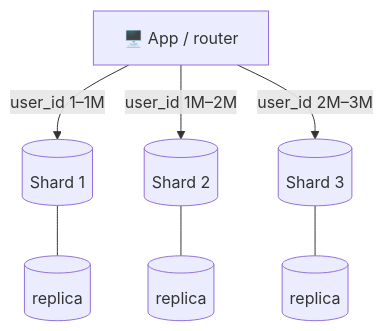
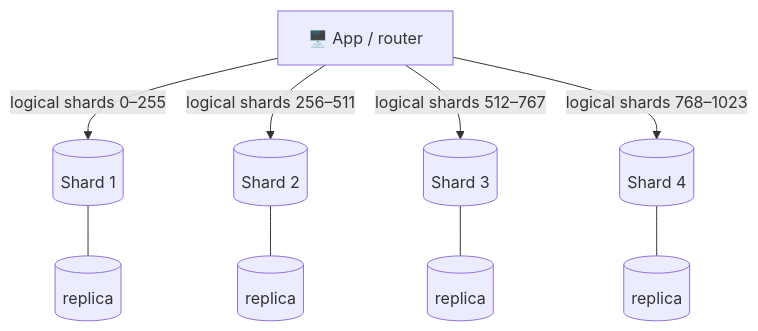
Before and after one commit to winnyboy5/System-Design-from-Atoms: the diagram in phases/06-scaling-data/049-sharding.md, drawn with Mermaid. The commit also changed other lines of this file and 9 other files, not shown here.

````diff
--- a/phases/06-scaling-data/049-sharding.md
+++ b/phases/06-scaling-data/049-sharding.md
@@ -28,9 +38,11 @@
 ```mermaid
 flowchart TD
-    APP["🖥️ App / router"] -->|"user_id 1–1M"| S1[("Shard 1")]
-    APP -->|"user_id 1M–2M"| S2[("Shard 2")]
-    APP -->|"user_id 2M–3M"| S3[("Shard 3")]
+    APP["🖥️ App / router"] -->|"logical shards 0–255"| S1[("Shard 1")]
+    APP -->|"logical shards 256–511"| S2[("Shard 2")]
+    APP -->|"logical shards 512–767"| S3[("Shard 3")]
+    APP -->|"logical shards 768–1023"| S4[("Shard 4")]
     S1 --- R1[("replica")]
     S2 --- R2[("replica")]
     S3 --- R3[("replica")]
+    S4 --- R4[("replica")]
 ```
````
